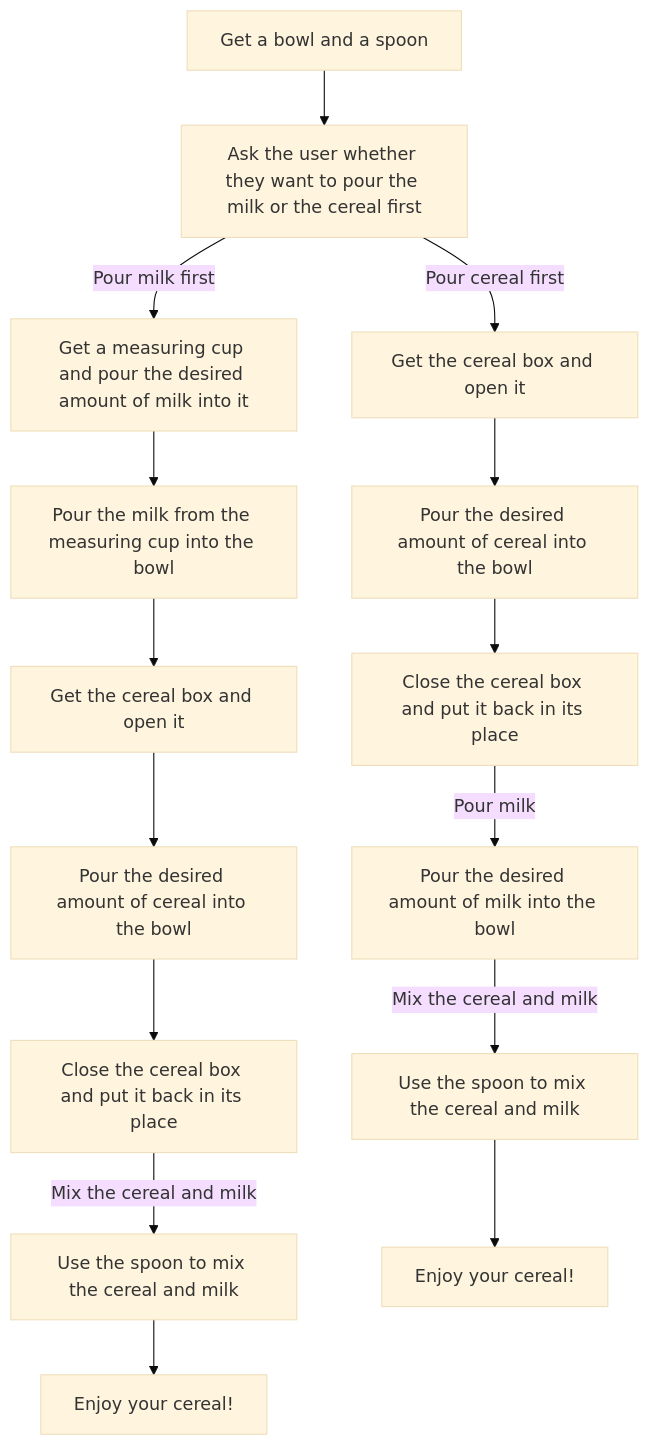
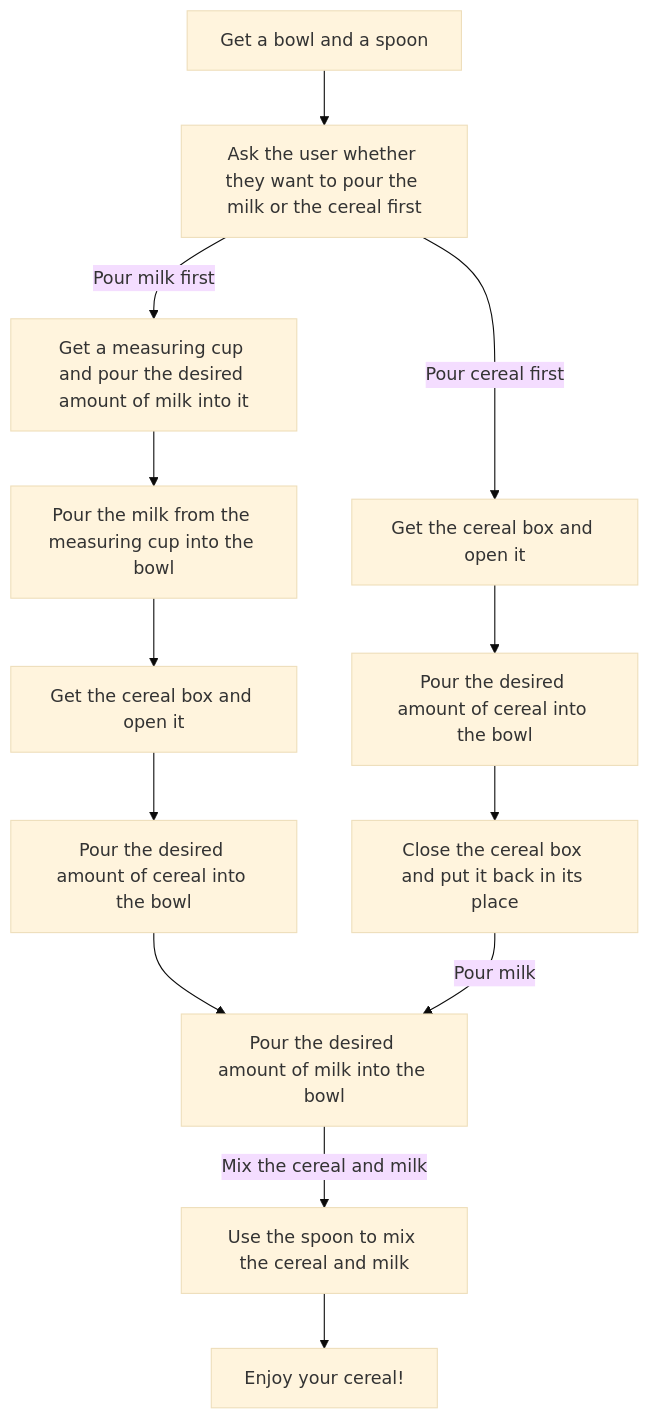
Before and after one commit to RodolfoXiloj/core-code-from-scratch-readme: the diagram in challenges/week02/monday/README.md, drawn with Mermaid (base theme).

Commit message:
update monday 2

````diff
--- a/challenges/week02/monday/README.md
+++ b/challenges/week02/monday/README.md
@@ -48,17 +48,15 @@
 ```mermaid
 flowchart TD
     A[Get a bowl and a spoon] --> B[Ask the user whether they want to pour the milk or the cereal first]
     B -- Pour milk first --> C[Get a measuring cup and pour the desired amount of milk into it]
     C --> D[Pour the milk from the measuring cup into the bowl]
     D --> E[Get the cereal box and open it]
     E --> F[Pour the desired amount of cereal into the bowl]
-    F --> G[Close the cereal box and put it back in its place]
-    G -- Mix the cereal and milk --> H[Use the spoon to mix the cereal and milk]
-    H --> I[Enjoy your cereal!]
+    F --> M[Close the cereal box and put it back in its place]
     B -- Pour cereal first --> J[Get the cereal box and open it]
     J --> K[Pour the desired amount of cereal into the bowl]
     K --> L[Close the cereal box and put it back in its place]
     L -- Pour milk --> M[Pour the desired amount of milk into the bowl]
     M -- Mix the cereal and milk --> N[Use the spoon to mix the cereal and milk]
     N --> O[Enjoy your cereal!]
 ``` 
````
